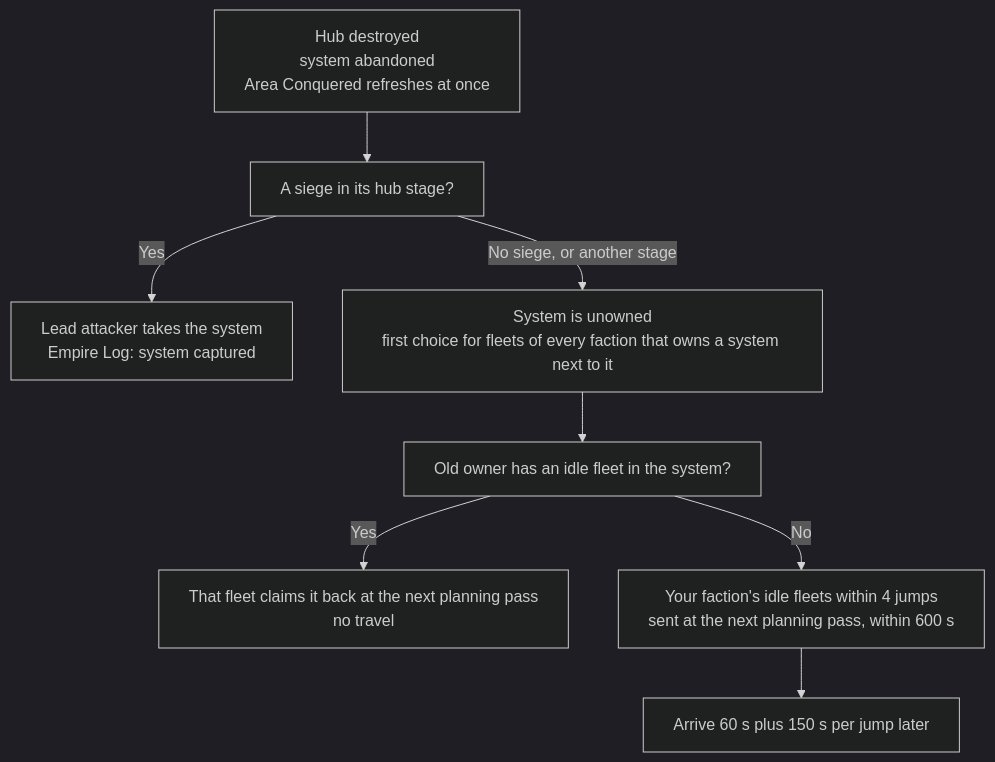
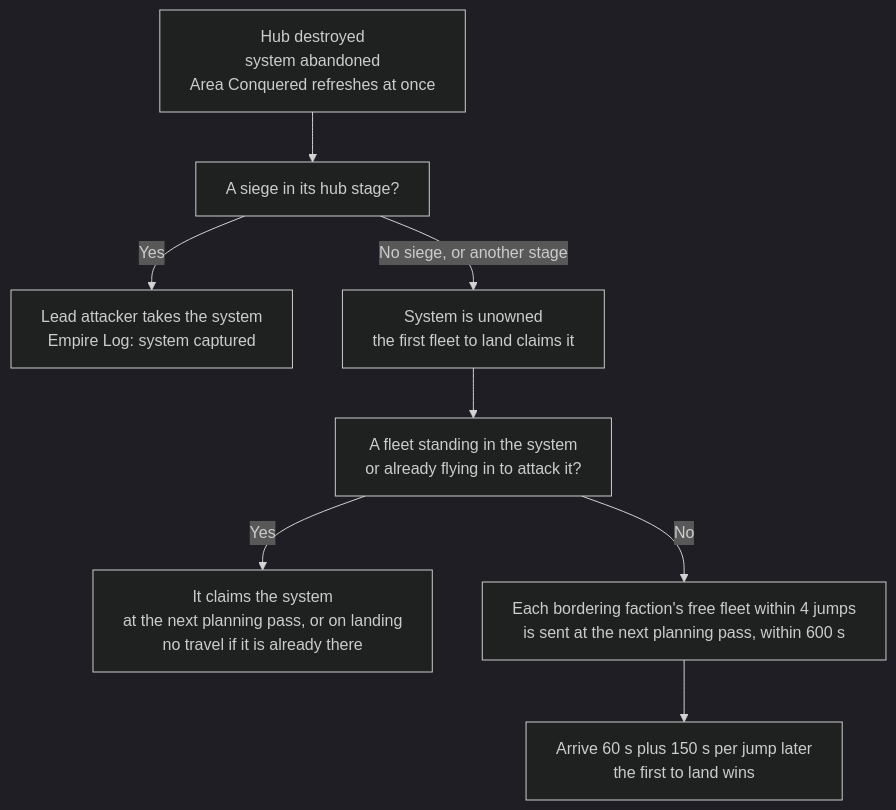
Before and after one commit to williammabernathy/Igi-s-QoL-Modpack: the second of 3 diagrams in docs/mechanics/conquest/sector-control.md, drawn with Mermaid (dark theme). The commit also changed other lines of this file and 194 other files, not shown here.

````diff
--- a/docs/mechanics/conquest/sector-control.md
+++ b/docs/mechanics/conquest/sector-control.md
@@ -140,15 +151,15 @@
 ```mermaid
 ---
 config:
   flowchart:
     wrappingWidth: 420
 ---
 flowchart TD
     A["Hub destroyed<br/>system abandoned<br/>Area Conquered refreshes at once"] --> B["A siege in its hub stage?"]
     B -- Yes --> C["Lead attacker takes the system<br/>Empire Log: system captured"]
-    B -- "No siege, or another stage" --> D["System is unowned<br/>first choice for fleets of every faction that owns a system next to it"]
-    D --> G["Old owner has an idle fleet in the system?"]
-    G -- Yes --> H["That fleet claims it back at the next planning pass<br/>no travel"]
-    G -- No --> E["Your faction's idle fleets within 4 jumps<br/>sent at the next planning pass, within 600 s"]
-    E --> F["Arrive 60 s plus 150 s per jump later"]
+    B -- "No siege, or another stage" --> D["System is unowned<br/>the first fleet to land claims it"]
+    D --> G["A fleet standing in the system<br/>or already flying in to attack it?"]
+    G -- Yes --> H["It claims the system<br/>at the next planning pass, or on landing<br/>no travel if it is already there"]
+    G -- No --> E["Each bordering faction's free fleet within 4 jumps<br/>is sent at the next planning pass, within 600 s"]
+    E --> F["Arrive 60 s plus 150 s per jump later<br/>the first to land wins"]
 ```
````
